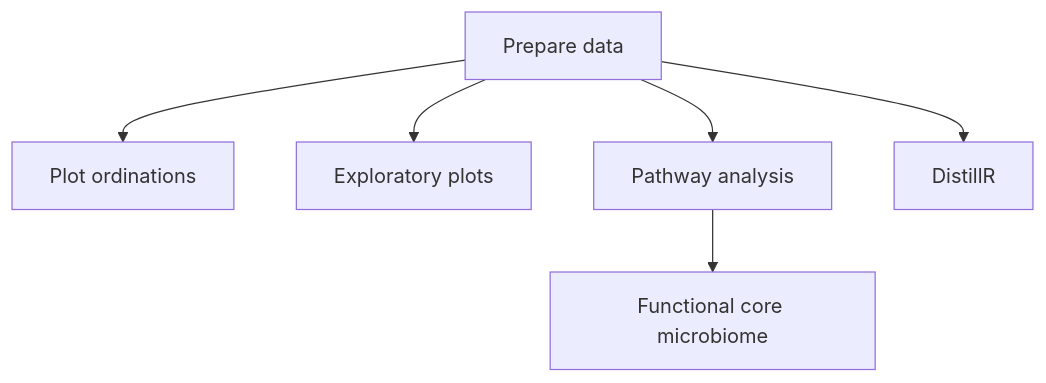
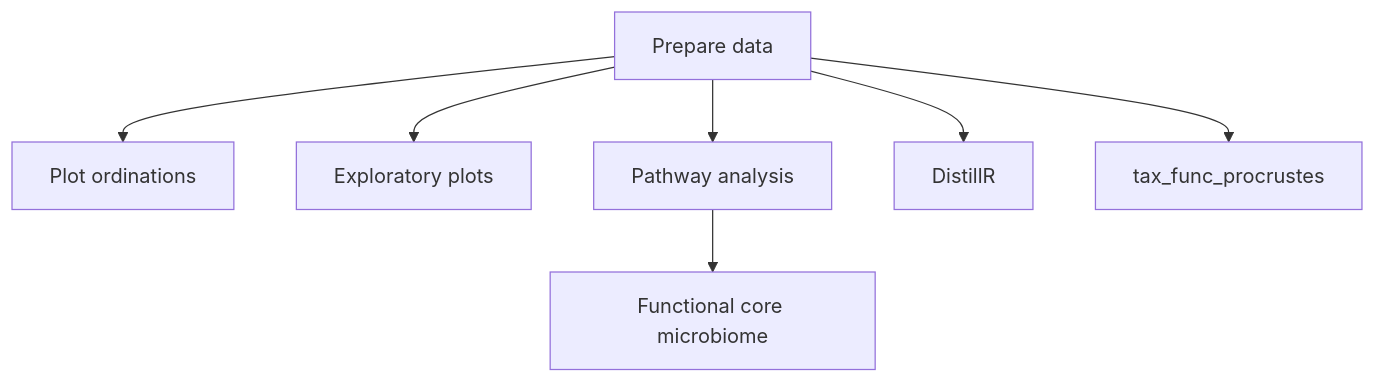
The second of 3 diagrams in README.md (markella-moraitou/mammal_oral_microbiome_stats), drawn with Mermaid before and after one commit. The commit also changed 1 other file, not shown here.

Commit message:
Script to compare functional and taxonomic PCoA using Procrustes

````diff
--- a/README.md
+++ b/README.md
@@ -19,8 +19,9 @@
 ```mermaid
 flowchart TD;
     A[Prepare data]-->B[Plot ordinations];
     A-->C[Exploratory plots];
     A-->D[Pathway analysis];
     A-->E[DistillR];
     D-->F[Functional core microbiome];
+    A-->G[tax_func_procrustes]
 ```
````
